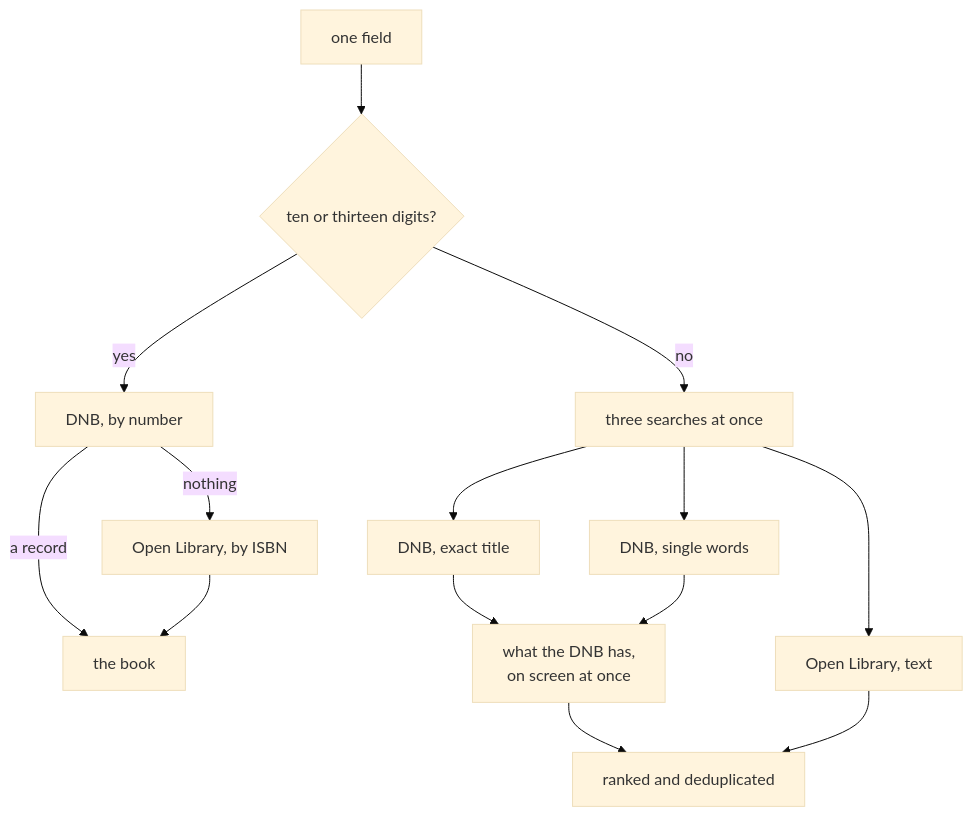
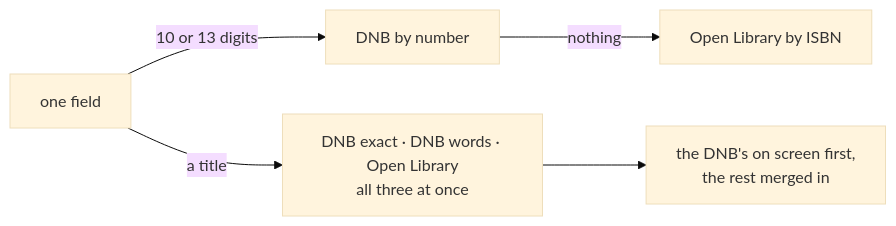
The first of 2 diagrams in README.md (MiaMarmeladenbrot/books), drawn with Mermaid (base theme) before and after one commit. The commit also changed other lines of this file, not shown here.

````diff
--- a/README.md
+++ b/README.md
@@ -114,18 +151,7 @@
 ```mermaid
-flowchart TD
-  IN["one field"] --> Q{"ten or thirteen digits?"}
-
-  Q -->|yes| D1["DNB, by number"]
-  D1 -->|"a record"| ONE["the book"]
-  D1 -->|"nothing"| O1["Open Library, by ISBN"]
-  O1 --> ONE
-
-  Q -->|no| PAR["three searches at once"]
-  PAR --> DT["DNB, exact title"]
-  PAR --> DW["DNB, single words"]
-  PAR --> OT["Open Library, text"]
-  DT --> SHOW["what the DNB has,<br/>on screen at once"]
-  DW --> SHOW
-  SHOW --> LIST["ranked and deduplicated"]
-  OT --> LIST
+flowchart LR
+  IN["one field"] -->|"10 or 13 digits"| N["DNB by number"]
+  N -->|"nothing"| O["Open Library by ISBN"]
+  IN -->|"a title"| T["DNB exact · DNB words · Open Library<br/>all three at once"]
+  T --> L["the DNB's on screen first,<br/>the rest merged in"]
 ```
````
